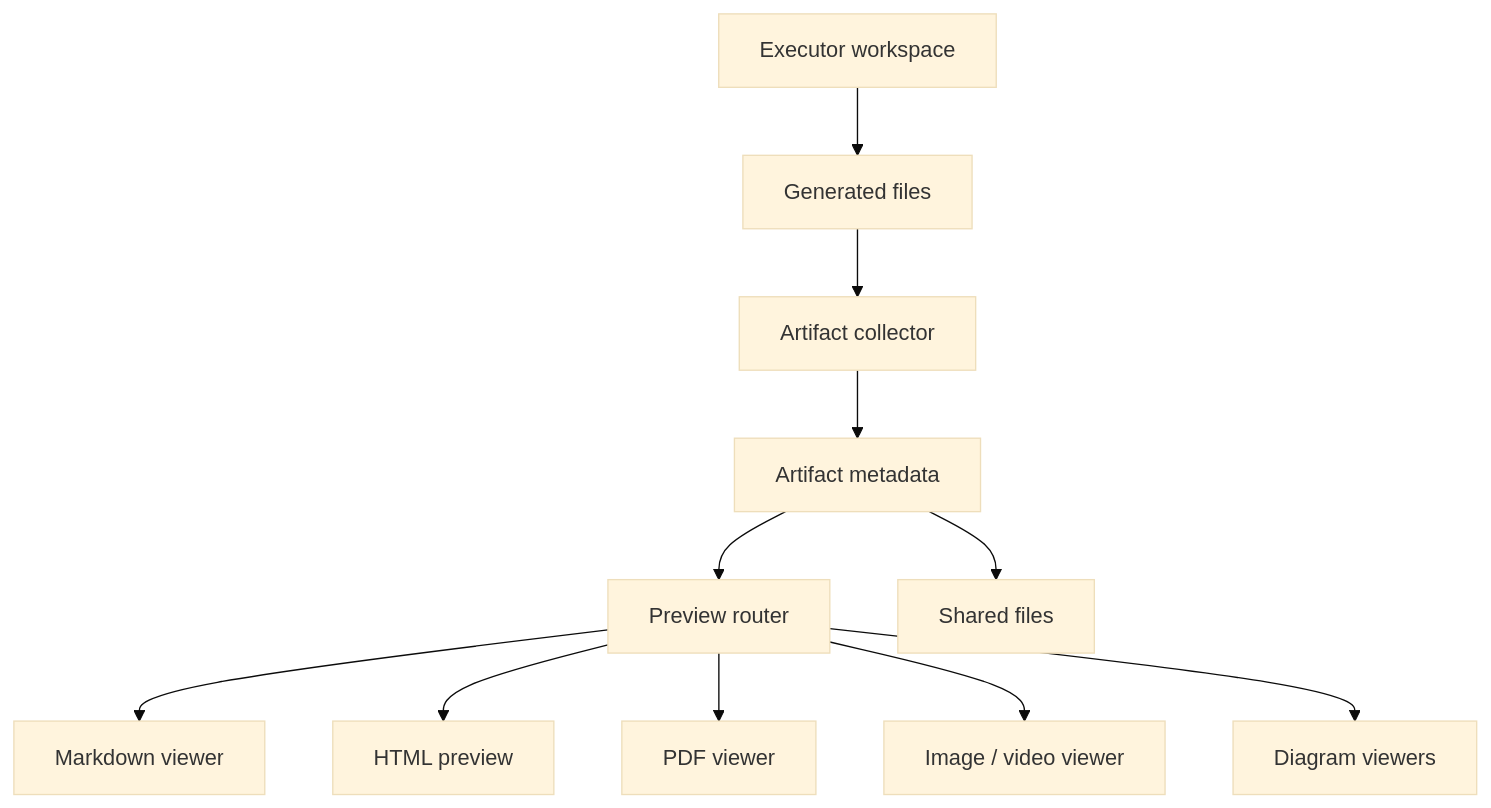
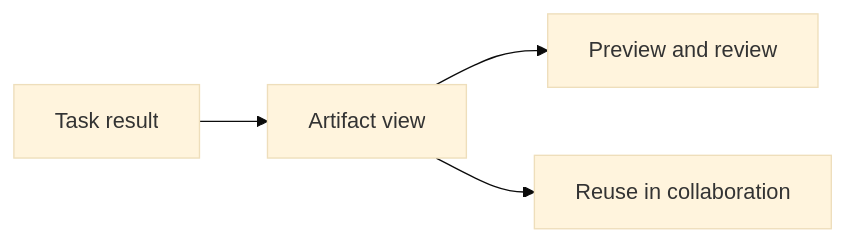
Before and after one commit to ffy6511/poco-docs-vercel: the diagram in content/docs/zh/features/beautiful-interface/artifacts.mdx, drawn with Mermaid (base theme). The commit also changed other lines of this file and 5 other files, not shown here.

````diff
--- a/content/docs/zh/features/beautiful-interface/artifacts.mdx
+++ b/content/docs/zh/features/beautiful-interface/artifacts.mdx
@@ -12,13 +12,6 @@
 ```mermaid
-flowchart TD
-    A["Executor workspace"] --> B["Generated files"]
-    B --> C["Artifact collector"]
-    C --> D["Artifact metadata"]
-    D --> E["Preview router"]
-    E --> F["Markdown viewer"]
-    E --> G["HTML preview"]
-    E --> H["PDF viewer"]
-    E --> I["Image / video viewer"]
-    E --> J["Diagram viewers"]
-    D --> K["Shared files"]
+flowchart LR
+    A["Task result"] --> B["Artifact view"]
+    B --> C["Preview and review"]
+    B --> D["Reuse in collaboration"]
 ```
````
